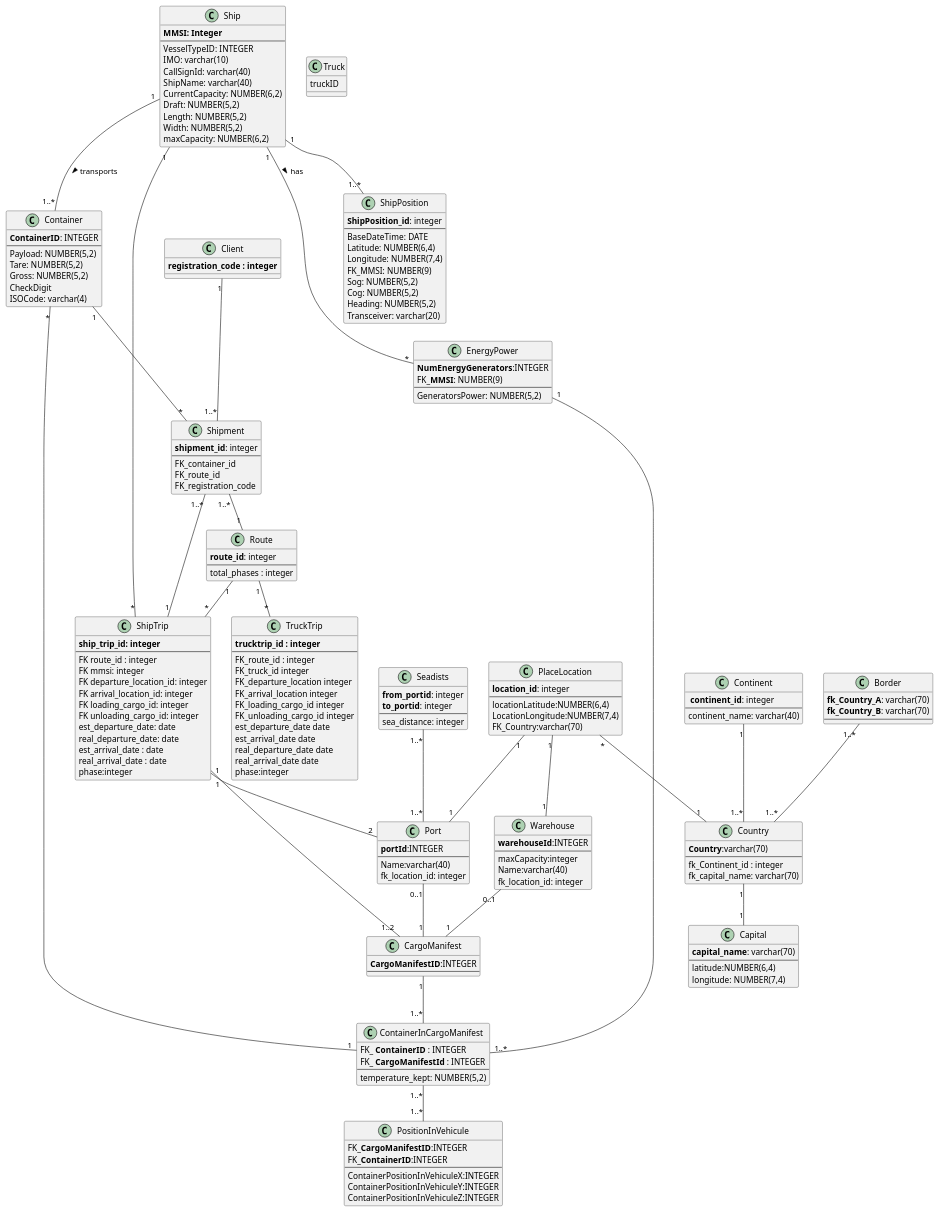
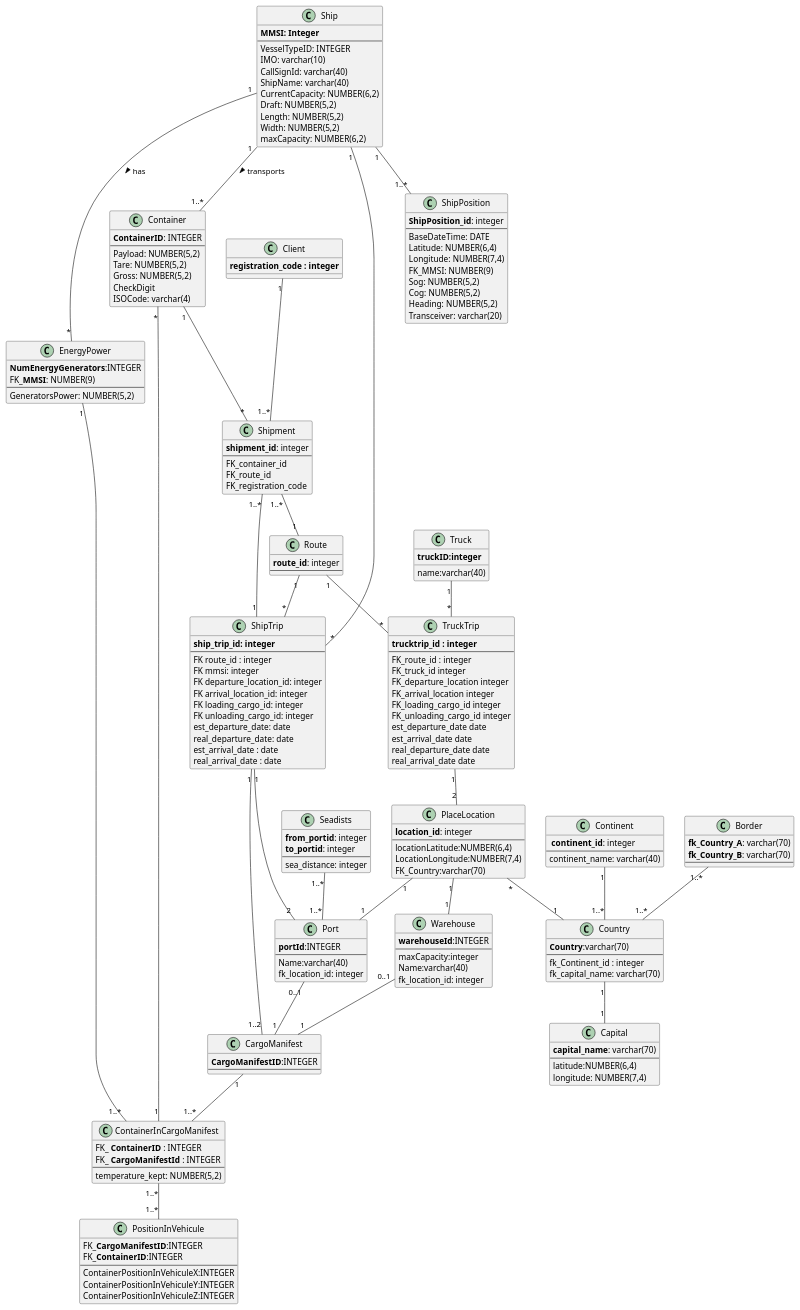
One commit to ana-albergaria/LAPR3-ISEP changed the diagram in docs/Sprint 3/DataModel/Data_Model_Physical.puml. Above: the diagram before and after it, drawn with PlantUML. The commit also changed 3 other files, not shown here.

```diff
--- a/docs/Sprint 3/DataModel/Data_Model_Physical.puml
+++ b/docs/Sprint 3/DataModel/Data_Model_Physical.puml
@@ -40,7 +40,6 @@
     real_departure_date: date
     est_arrival_date : date
     real_arrival_date : date
-    phase:integer
 }
 /'class TripLeg{
 
@@ -167,7 +166,6 @@
 class Route{
     **route_id**: integer
     --
-    total_phases : integer
 }
 
 class Border{
@@ -185,7 +183,8 @@
 
 
 class Truck{
-    truckID
+    **truckID:integer**
+    name:varchar(40)
 }
 /'
 class Transports{
@@ -210,7 +209,6 @@
     est_arrival_date date
     real_departure_date date
     real_arrival_date date
-    phase:integer
 }
 
 
@@ -253,4 +251,7 @@
 Route "1" -- "*" TruckTrip
 Client "1" -- "1..*" Shipment
 
+Truck "1" -- "*" TruckTrip
+TruckTrip "1" -- "2" PlaceLocation
+
 @enduml
```
